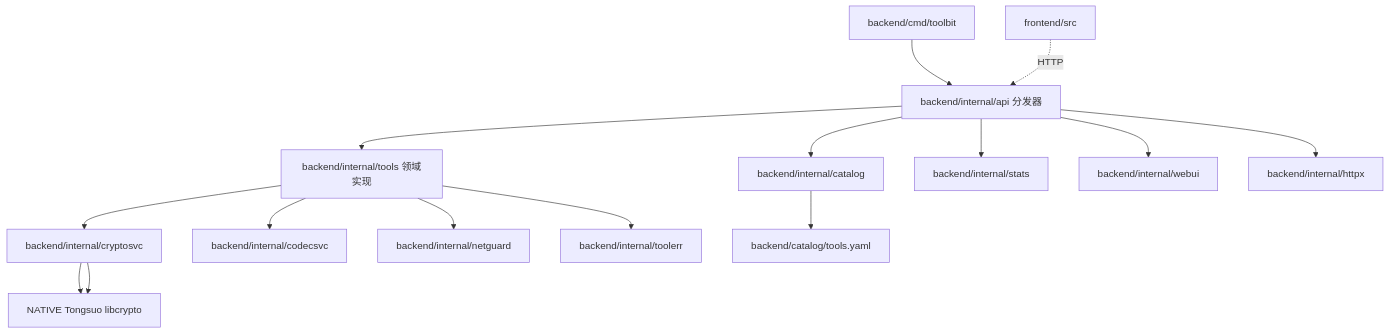
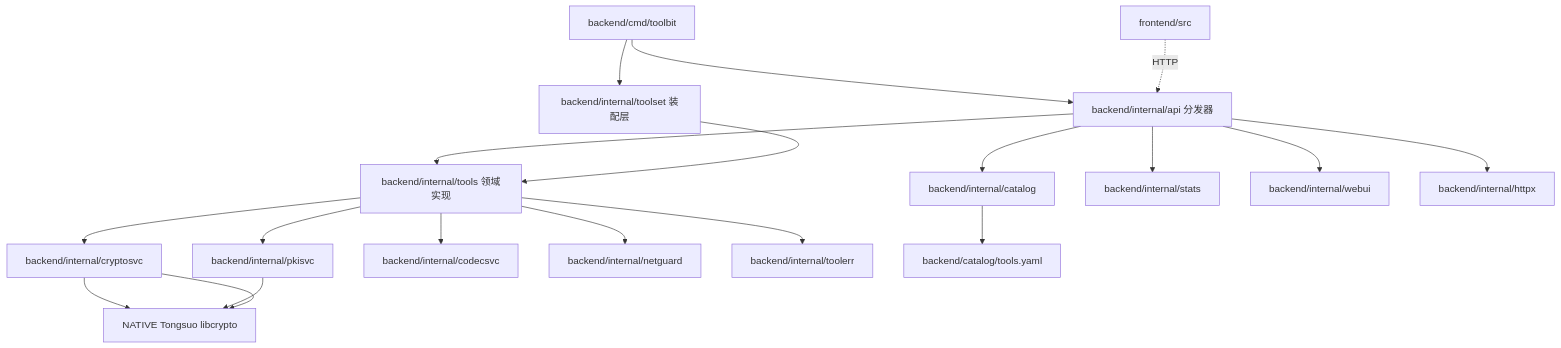
Before and after one commit to blue-cloud-net/Toolbit: the second of 6 diagrams in docs/architecture.md, drawn with Mermaid. The commit also changed other lines of this file and 1 other file, not shown here.

````diff
--- a/docs/architecture.md
+++ b/docs/architecture.md
@@ -121,17 +123,21 @@
 ```mermaid
 flowchart TD
   CMD[backend/cmd/toolbit] --> API[backend/internal/api 分发器]
+  CMD --> TOOLSET[backend/internal/toolset 装配层]
   API --> CAT[backend/internal/catalog]
   API --> TOOLS[backend/internal/tools 领域实现]
   API --> STATS[backend/internal/stats]
   API --> WEBUI[backend/internal/webui]
+  TOOLSET --> TOOLS
   TOOLS --> CRYPTO[backend/internal/cryptosvc]
+  TOOLS --> PKI[backend/internal/pkisvc]
   TOOLS --> CODEC[backend/internal/codecsvc]
   TOOLS --> NG[backend/internal/netguard]
   TOOLS --> ERR[backend/internal/toolerr]
   CRYPTO --> TONG[github.com/blue-cloud-net/tongsuo-go]
+  PKI --> TONG
   CRYPTO --> TONG[NATIVE Tongsuo libcrypto]
   API --> HTTPX[backend/internal/httpx]
   CAT --> YAML[backend/catalog/tools.yaml]
   FE[frontend/src] -.HTTP.-> API
 ```
````
